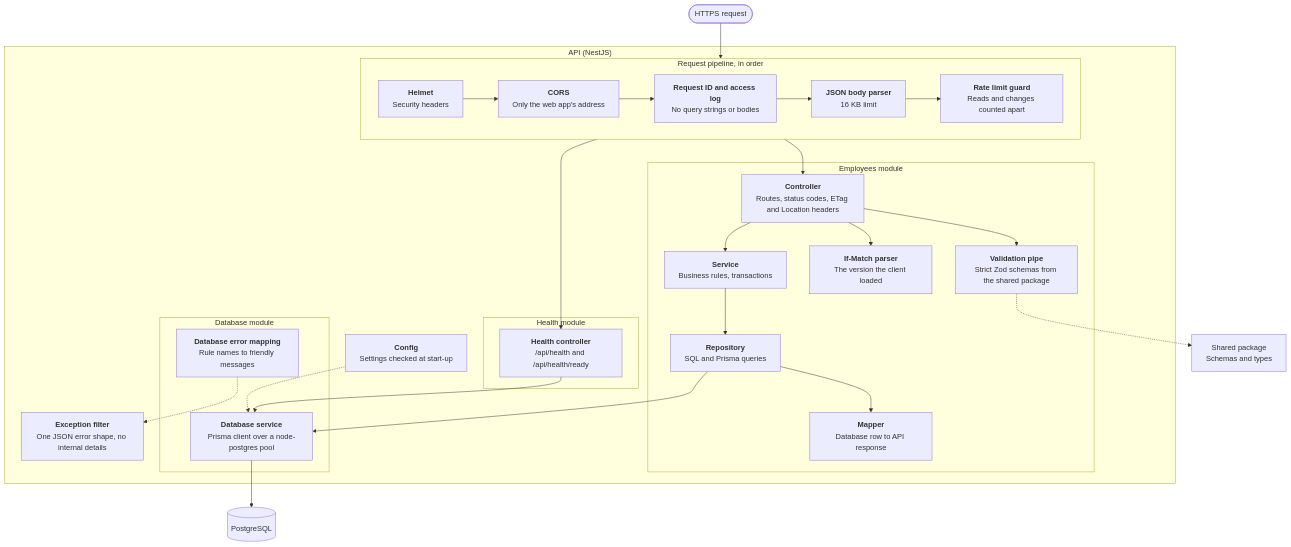
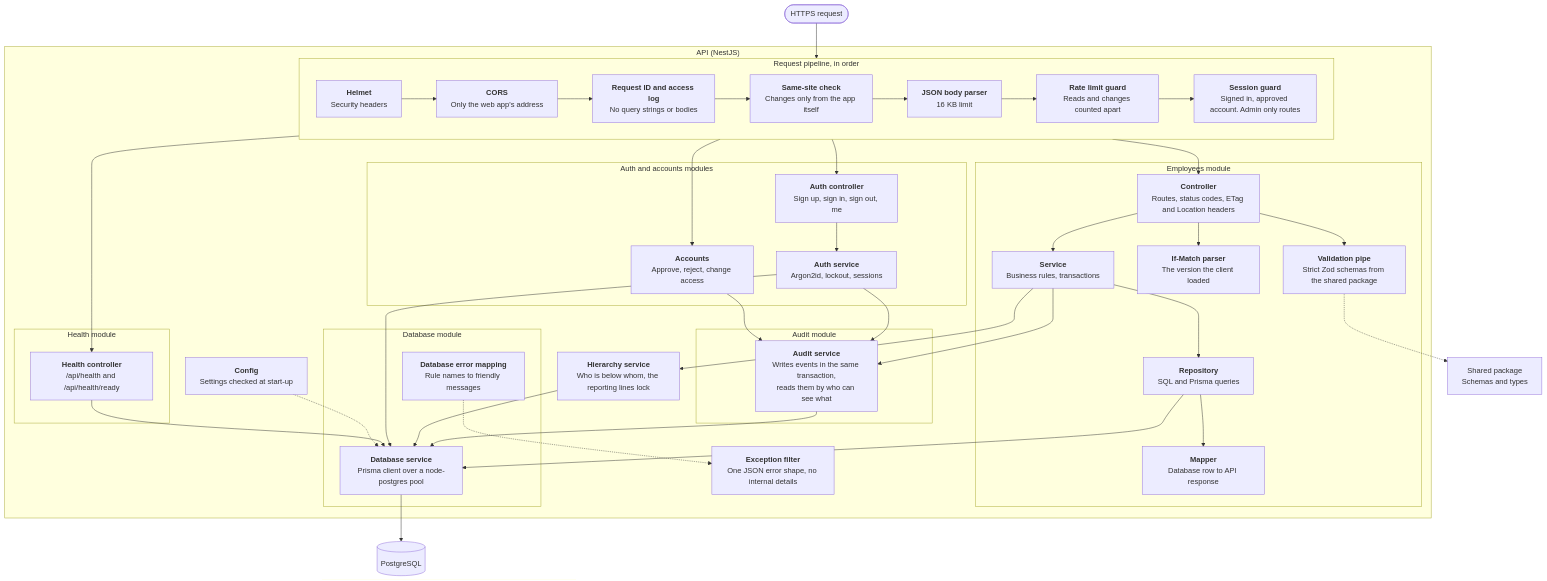
One commit to Ayush-B99/hierarchyHub changed the third of 10 diagrams in docs/sas/SAS.md. Above: the diagram before and after it, drawn with Mermaid. The commit also changed other lines of this file and 12 other files, not shown here.

````diff
--- a/docs/sas/SAS.md
+++ b/docs/sas/SAS.md
@@ -83,55 +83,79 @@
 ```mermaid
 flowchart TB
     req(["HTTPS request"])
 
     subgraph api["API (NestJS)"]
         subgraph pipeline["Request pipeline, in order"]
             direction LR
             helmet["<b>Helmet</b><br/>Security headers"]
             cors["<b>CORS</b><br/>Only the web app's address"]
             rid["<b>Request ID and access log</b><br/>No query strings or bodies"]
+            cross["<b>Same-site check</b><br/>Changes only from the app itself"]
             body["<b>JSON body parser</b><br/>16 KB limit"]
             throttle["<b>Rate limit guard</b><br/>Reads and changes counted apart"]
-            helmet --> cors --> rid --> body --> throttle
+            guard["<b>Session guard</b><br/>Signed in, approved account. Admin only routes"]
+            helmet --> cors --> rid --> cross --> body --> throttle --> guard
         end
+
+        subgraph authm["Auth and accounts modules"]
+            authc["<b>Auth controller</b><br/>Sign up, sign in, sign out, me"]
+            authsvc["<b>Auth service</b><br/>Argon2id, lockout, sessions"]
+            acc["<b>Accounts</b><br/>Approve, reject, change access"]
+        end
+
+        subgraph aud["Audit module"]
+            audsvc["<b>Audit service</b><br/>Writes events in the same transaction,<br/>reads them by who can see what"]
+        end
+
+        hier["<b>Hierarchy service</b><br/>Who is below whom, the reporting lines lock"]
 
         subgraph emp["Employees module"]
             ctrl["<b>Controller</b><br/>Routes, status codes, ETag and Location headers"]
             pipe["<b>Validation pipe</b><br/>Strict Zod schemas from the shared package"]
             ifm["<b>If-Match parser</b><br/>The version the client loaded"]
             svc["<b>Service</b><br/>Business rules, transactions"]
             repo["<b>Repository</b><br/>SQL and Prisma queries"]
             map["<b>Mapper</b><br/>Database row to API response"]
         end
 
         subgraph health["Health module"]
             hc["<b>Health controller</b><br/>/api/health and /api/health/ready"]
         end
 
         subgraph dbm["Database module"]
             dbs["<b>Database service</b><br/>Prisma client over a node-postgres pool"]
             dberr["<b>Database error mapping</b><br/>Rule names to friendly messages"]
         end
 
         filter["<b>Exception filter</b><br/>One JSON error shape, no internal details"]
         config["<b>Config</b><br/>Settings checked at start-up"]
     end
 
     shared["Shared package<br/>Schemas and types"]
     db[("PostgreSQL")]
 
     req --> helmet
-    throttle --> ctrl
+    guard --> ctrl
+    guard --> authc
+    guard --> acc
     throttle --> hc
+    authc --> authsvc
+    authsvc --> audsvc
+    acc --> audsvc
+    svc --> hier
+    svc --> audsvc
+    audsvc --> dbs
+    hier --> dbs
+    authsvc --> dbs
     ctrl --> pipe
     ctrl --> ifm
     pipe -.-> shared
     ctrl --> svc
     svc --> repo
     repo --> map
     repo --> dbs
     hc --> dbs
     dbs --> db
     dberr -.-> filter
     config -.-> dbs
 ```
````
